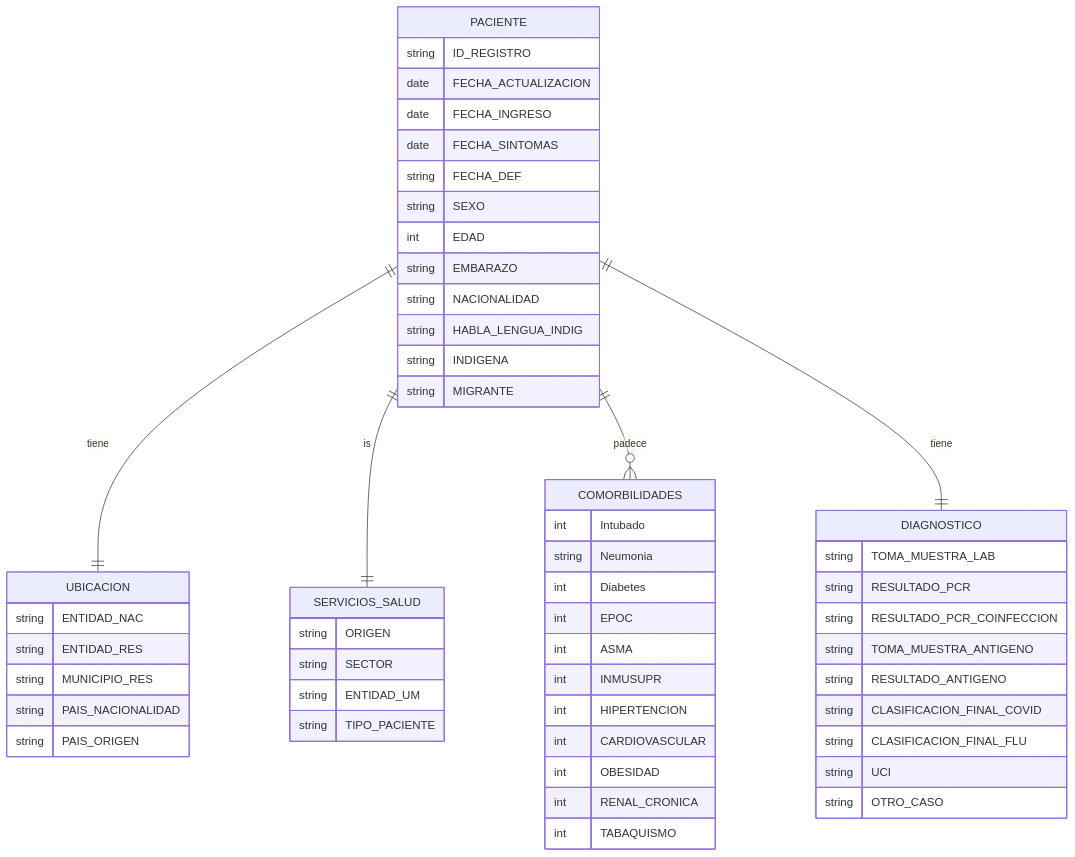
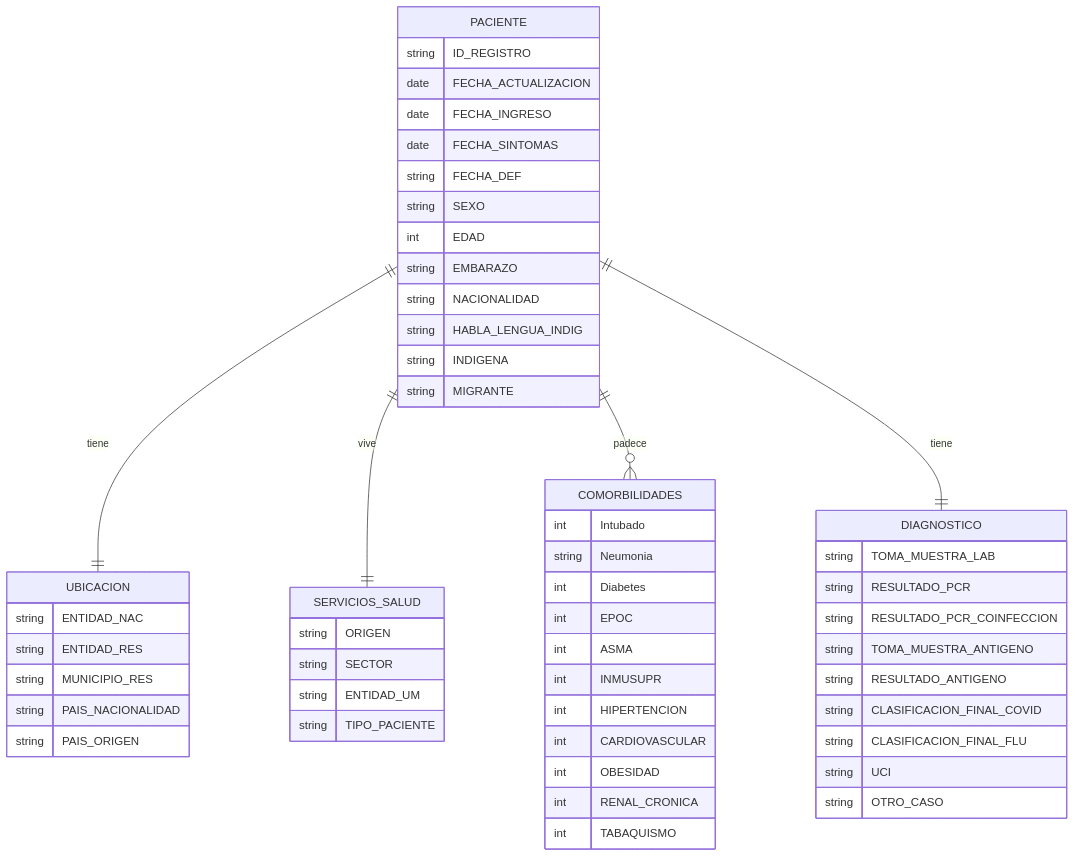
One commit to Gus-oss/MCD_BDR_2025 changed the diagram in Tarea2_EntidadRelacion.md. Above: the diagram before and after it, drawn with Mermaid.

Commit message:
Modificaciones de redaccion

`````diff
--- a/Tarea2_EntidadRelacion.md
+++ b/Tarea2_EntidadRelacion.md
@@ -10,72 +10,72 @@
 ```mermaid
 erDiagram
-    PACIENTE ||-- || UBICACION : tiene
-    PACIENTE ||-- || SERVICIOS_SALUD: is
+    PACIENTE ||--|| UBICACION : tiene
+    PACIENTE ||-- || SERVICIOS_SALUD: vive
     PACIENTE ||--o{ COMORBILIDADES : padece  
     PACIENTE ||-- || DIAGNOSTICO: tiene
     PACIENTE {
         string ID_REGISTRO
         date FECHA_ACTUALIZACION
         date FECHA_INGRESO 
         date FECHA_SINTOMAS
         string FECHA_DEF
         string SEXO    
         int EDAD
         string EMBARAZO
         string NACIONALIDAD
         string HABLA_LENGUA_INDIG
         string INDIGENA
         string MIGRANTE    
 
     }
 
     UBICACION
     UBICACION {
         string ENTIDAD_NAC
         string ENTIDAD_RES
         string MUNICIPIO_RES
         string PAIS_NACIONALIDAD
         string PAIS_ORIGEN
 
     }
 
     SERVICIOS_SALUD
     SERVICIOS_SALUD {
         string ORIGEN
         string SECTOR
         string ENTIDAD_UM
         string TIPO_PACIENTE
 
 
     }
 
     COMORBILIDADES  
     COMORBILIDADES  {
         int Intubado
         string Neumonia
         int Diabetes
         int EPOC
         int ASMA
         int INMUSUPR
         int HIPERTENCION
         int CARDIOVASCULAR
         int OBESIDAD
         int RENAL_CRONICA
         int TABAQUISMO
     }
 
     DIAGNOSTICO
     DIAGNOSTICO {
         string TOMA_MUESTRA_LAB
         string  RESULTADO_PCR 
         string RESULTADO_PCR_COINFECCION
         string TOMA_MUESTRA_ANTIGENO
         string RESULTADO_ANTIGENO
         string CLASIFICACION_FINAL_COVID
         string CLASIFICACION_FINAL_FLU
         string UCI
         string OTRO_CASO
 
 
     }
 ````
`````
